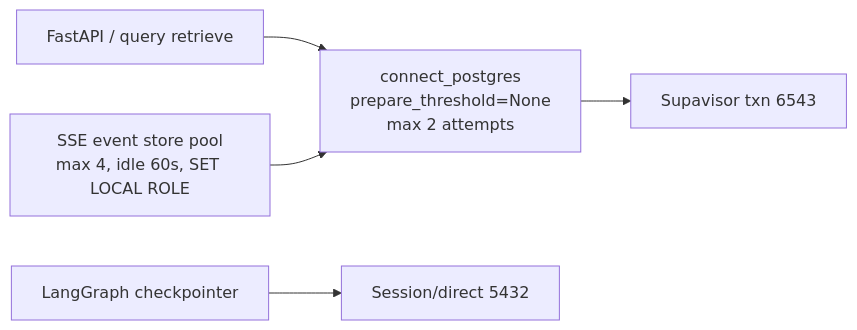
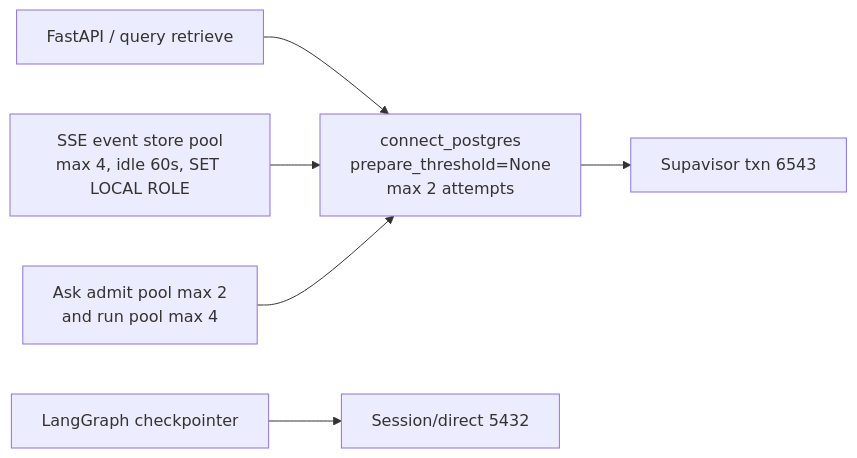
The second of 2 diagrams in docs/architecture/05-database-connections.md (Nagdy8888/smart-rag), drawn with Mermaid before and after one commit. The commit also changed other lines of this file and 10 other files, not shown here.

````diff
--- a/docs/architecture/05-database-connections.md
+++ b/docs/architecture/05-database-connections.md
@@ -123,7 +134,8 @@
 ```mermaid
 flowchart LR
   api["FastAPI / query retrieve"] --> helper["connect_postgres\nprepare_threshold=None\nmax 2 attempts"]
   helper --> pooler["Supavisor txn 6543"]
   sse["SSE event store pool\nmax 4, idle 60s, SET LOCAL ROLE"] --> helper
+  admit["Ask admit pool max 2\nand run pool max 4"] --> helper
   checkpointer["LangGraph checkpointer"] --> session["Session/direct 5432"]
 ```
````
